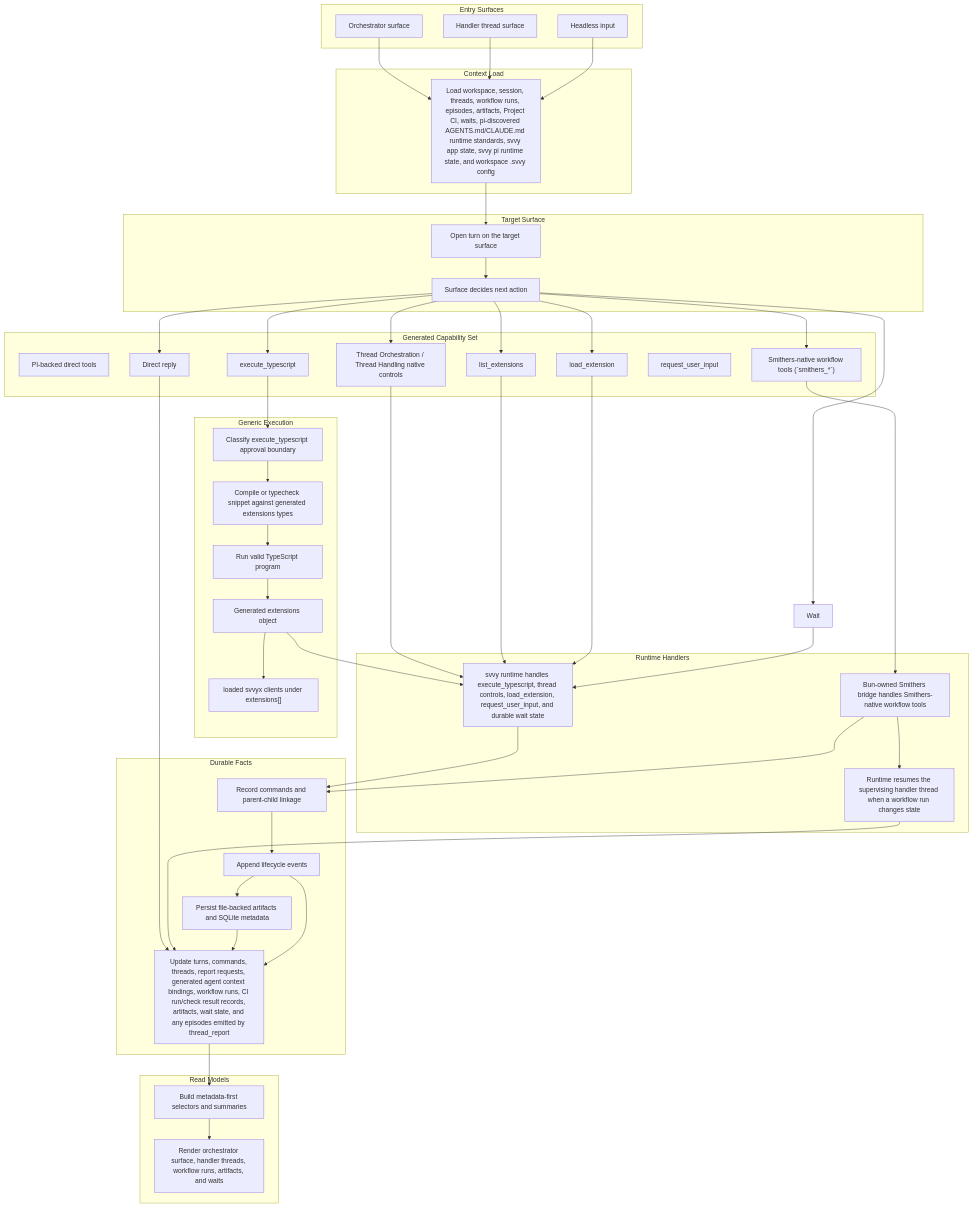
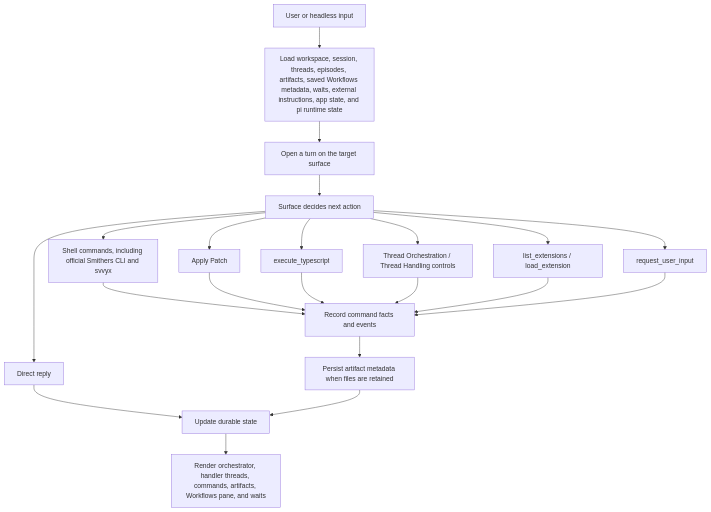
One commit to 0xpolarzero/hellm changed the diagram in docs/execution-model.md. Above: the diagram before and after it, drawn with Mermaid. The commit also changed other lines of this file and 40 other files, not shown here.

Commit message:
docs: redesign smithers workflows specs

````diff
--- a/docs/execution-model.md
+++ b/docs/execution-model.md
@@ -30,95 +27,23 @@
 ```mermaid
 flowchart TD
-    subgraph Entry["Entry Surfaces"]
-        OrchestratorPane["Orchestrator surface"]
-        ThreadPane["Handler thread surface"]
-        Headless["Headless input"]
-    end
-
-    subgraph Load["Context Load"]
-        LoadState["Load workspace, session, threads, workflow runs, episodes, artifacts, Project CI, waits, pi-discovered AGENTS.md/CLAUDE.md runtime standards, svvy app state, svvy pi runtime state, and workspace .svvy config"]
-    end
-
-    subgraph Surface["Target Surface"]
-        OpenTurn["Open turn on the target surface"]
-        Decide["Surface decides next action"]
-    end
-
-    subgraph Tools["Generated Capability Set"]
-        DirectTools["PI-backed direct tools"]
-        Generic["execute_typescript"]
-        ThreadControls["Thread Orchestration / Thread Handling native controls"]
-        ListExtensions["list_extensions"]
-        LoadExtension["load_extension"]
-        SmithersTools["Smithers-native workflow tools (`smithers_*`)"]
-        RequestInput["request_user_input"]
-        DirectReply["Direct reply"]
-    end
-
-    subgraph GenericExec["Generic Execution"]
-        ApproveTs["Classify execute_typescript approval boundary"]
-        Compile["Compile or typecheck snippet against generated extensions types"]
-        Run["Run valid TypeScript program"]
-        Api["Generated extensions object"]
-        ApiExtensions["loaded svvyx clients under extensions[<id>]"]
-    end
-
-    subgraph Runtime["Runtime Handlers"]
-        RuntimeHandler["svvy runtime handles execute_typescript, thread controls, load_extension, request_user_input, and durable wait state"]
-        SmithersBridge["Bun-owned Smithers bridge handles Smithers-native workflow tools"]
-        ResumeHandler["Runtime resumes the supervising handler thread when a workflow run changes state"]
-    end
-
-    subgraph Facts["Durable Facts"]
-        Commands["Record commands and parent-child linkage"]
-        Events["Append lifecycle events"]
-        Artifacts["Persist file-backed artifacts and SQLite metadata"]
-        State["Update turns, commands, threads, report requests, generated agent context bindings, workflow runs, CI run/check result records, artifacts, wait state, and any episodes emitted by thread_report"]
-    end
-
-    subgraph ReadModels["Read Models"]
-        Selectors["Build metadata-first selectors and summaries"]
-        UI["Render orchestrator surface, handler threads, workflow runs, artifacts, and waits"]
-    end
-
-    OrchestratorPane --> LoadState
-    ThreadPane --> LoadState
-    Headless --> LoadState
-
-    LoadState --> OpenTurn
-    OpenTurn --> Decide
-
-    Decide --> Generic
-    Decide --> ThreadControls
-    Decide --> ListExtensions
-    Decide --> LoadExtension
-    Decide --> SmithersTools
-    Decide --> Wait
-    Decide --> DirectReply
-
-    Generic --> ApproveTs
-    ApproveTs --> Compile
-    Compile --> Run
-    Run --> Api
-    Api --> ApiExtensions
-    Api --> RuntimeHandler
-
-    ThreadControls --> RuntimeHandler
-    ListExtensions --> RuntimeHandler
-    LoadExtension --> RuntimeHandler
-    SmithersTools --> SmithersBridge
-    Wait --> RuntimeHandler
-    DirectReply --> State
-
-    SmithersBridge --> ResumeHandler
-    ResumeHandler --> State
-
-    RuntimeHandler --> Commands
-    SmithersBridge --> Commands
-    Commands --> Events
-    Events --> Artifacts
+    Entry["User or headless input"] --> Load["Load workspace, session, threads, episodes, artifacts, saved Workflows metadata, waits, external instructions, app state, and pi runtime state"]
+    Load --> Surface["Open a turn on the target surface"]
+    Surface --> Decide["Surface decides next action"]
+    Decide --> Direct["Direct reply"]
+    Decide --> Shell["Shell commands, including official Smithers CLI and svvyx"]
+    Decide --> Patch["Apply Patch"]
+    Decide --> TS["execute_typescript"]
+    Decide --> Threads["Thread Orchestration / Thread Handling controls"]
+    Decide --> Extensions["list_extensions / load_extension"]
+    Decide --> Input["request_user_input"]
+    Shell --> Commands["Record command facts and events"]
+    Patch --> Commands
+    TS --> Commands
+    Threads --> Commands
+    Extensions --> Commands
+    Input --> Commands
+    Direct --> State["Update durable state"]
+    Commands --> Artifacts["Persist artifact metadata when files are retained"]
     Artifacts --> State
-    Events --> State
-    State --> Selectors
-    Selectors --> UI
+    State --> UI["Render orchestrator, handler threads, commands, artifacts, Workflows pane, and waits"]
 ```
````
